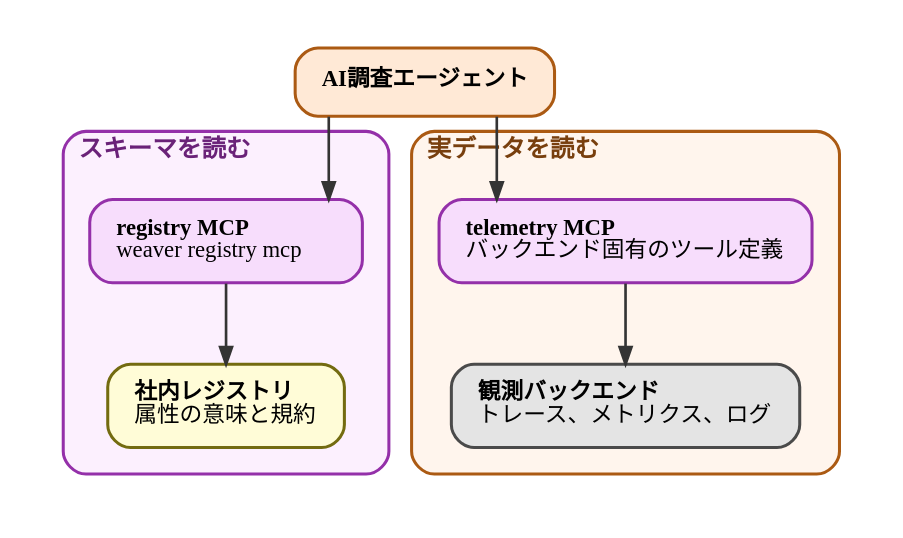
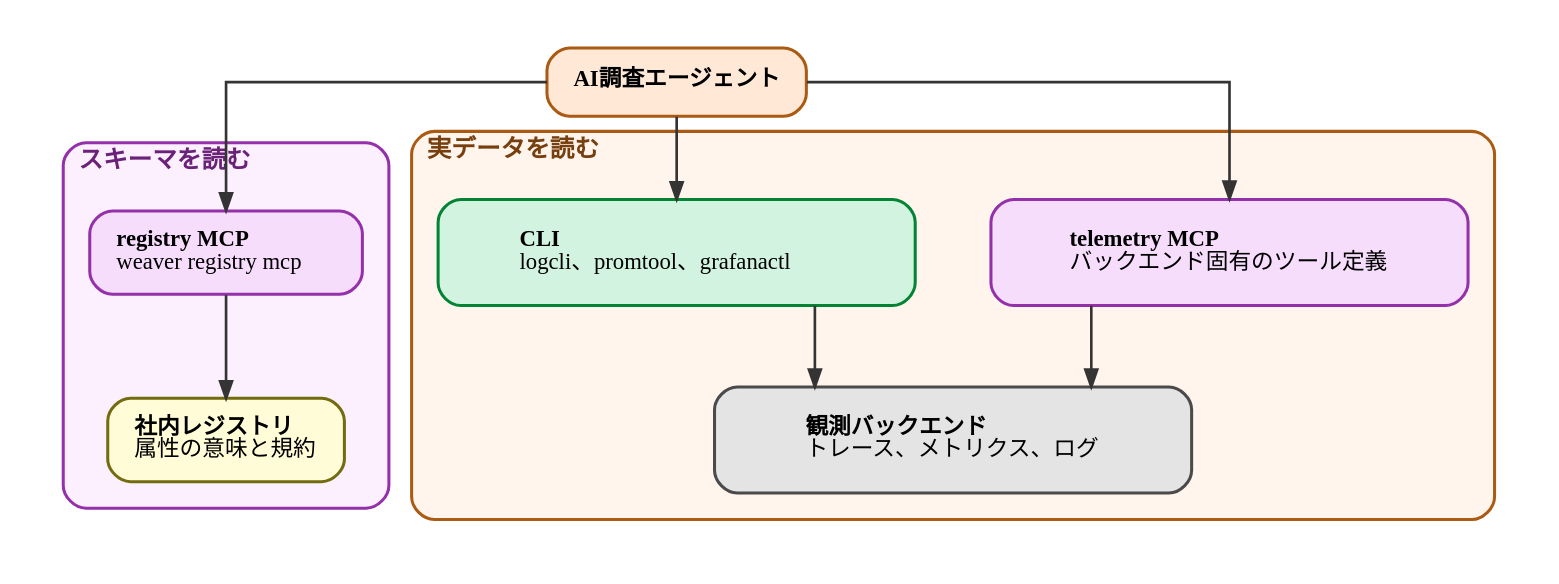
Before and after one commit to ymotongpoo/zenn.dev: the diagram in diagrams/observability-platform-with-otel/20260926-two-mcp.dot, drawn with Graphviz. The commit also changed 7 other files, not shown here.

```diff
--- a/diagrams/observability-platform-with-otel/20260926-two-mcp.dot
+++ b/diagrams/observability-platform-with-otel/20260926-two-mcp.dot
@@ -1,49 +1,55 @@
-// AI調査エージェントの二種類のMCP接続
+// AI調査エージェントのテレメトリーアクセス経路（スキーマ / 実データ）
 digraph two_mcp {
   graph [
     fontname="IBM Plex Sans JP", fontsize=13,
     rankdir=TB, compound=true, splines=ortho,
     nodesep=0.55, ranksep=0.6, pad=0.25,
     bgcolor="white", newrank=true
   ];
   node [
     fontname="IBM Plex Sans JP", fontsize=12,
     shape=box, style="rounded,filled",
     fillcolor="#E4E4E4", color="#4A4A4A", penwidth=1.6,
     margin="0.2,0.14"
   ];
   edge [
     fontname="IBM Plex Sans JP", fontsize=11,
     color="#343434", penwidth=1.4, arrowsize=0.9,
     fontcolor="#171717"
   ];
 
   ai [label=<<b>AI調査エージェント</b>>, fillcolor="#FFE9D6", color="#AB5A13"];
 
   subgraph cluster_schema {
     // タイトルは短く保つ。長いと枠幅を超えて隣のクラスタと重なり、
     // 後ろのタイトルが前の枠の塗りで隠れて読めなくなる。
     // 読ませてよい範囲と統制の条件はキャプションで述べる。
     label=<<b>スキーマを読む</b>>;
     labeljust="l"; style="rounded"; penwidth=1.6;
     color="#9430A9"; bgcolor="#FCF0FE"; fontcolor="#6A2278"; margin=14;
     regmcp [label=<<b>registry MCP</b><br align="left"/>weaver registry mcp<br align="left"/>>, fillcolor="#F7DDFC", color="#9430A9"];
     registry [label=<<b>社内レジストリ</b><br align="left"/>属性の意味と規約<br align="left"/>>, fillcolor="#FFFCD7", color="#736B10"];
     regmcp -> registry;
   }
 
   subgraph cluster_data {
     label=<<b>実データを読む</b>>;
     labeljust="l"; style="rounded"; penwidth=1.6;
     color="#AB5A13"; bgcolor="#FFF5ED"; fontcolor="#783F0E"; margin=14;
+    // 同じカテゴリ（バックエンドへの経路）の2つは大きさを揃える。
+    node [width=3.5, height=0.78];
     telmcp [label=<<b>telemetry MCP</b><br align="left"/>バックエンド固有のツール定義<br align="left"/>>, fillcolor="#F7DDFC", color="#9430A9"];
+    cli [label=<<b>CLI</b><br align="left"/>logcli、promtool、grafanactl<br align="left"/>>, fillcolor="#D2F3DF", color="#038435"];
     backend [label=<<b>観測バックエンド</b><br align="left"/>トレース、メトリクス、ログ<br align="left"/>>];
     telmcp -> backend;
+    cli -> backend;
+    { rank=same; telmcp; cli; }
   }
 
   // ラベルは置かない。2本ともクラスタの角と縦線に挟まれた狭い場所へ
   // 配置され、枠線か線に必ず触れる（ELK はラベル位置を自分で決めるので
   // 空白での押し出しも効かない）。読む対象の違いはキャプションが述べる。
   ai -> regmcp;
   ai -> telmcp;
+  ai -> cli;
 }
```
